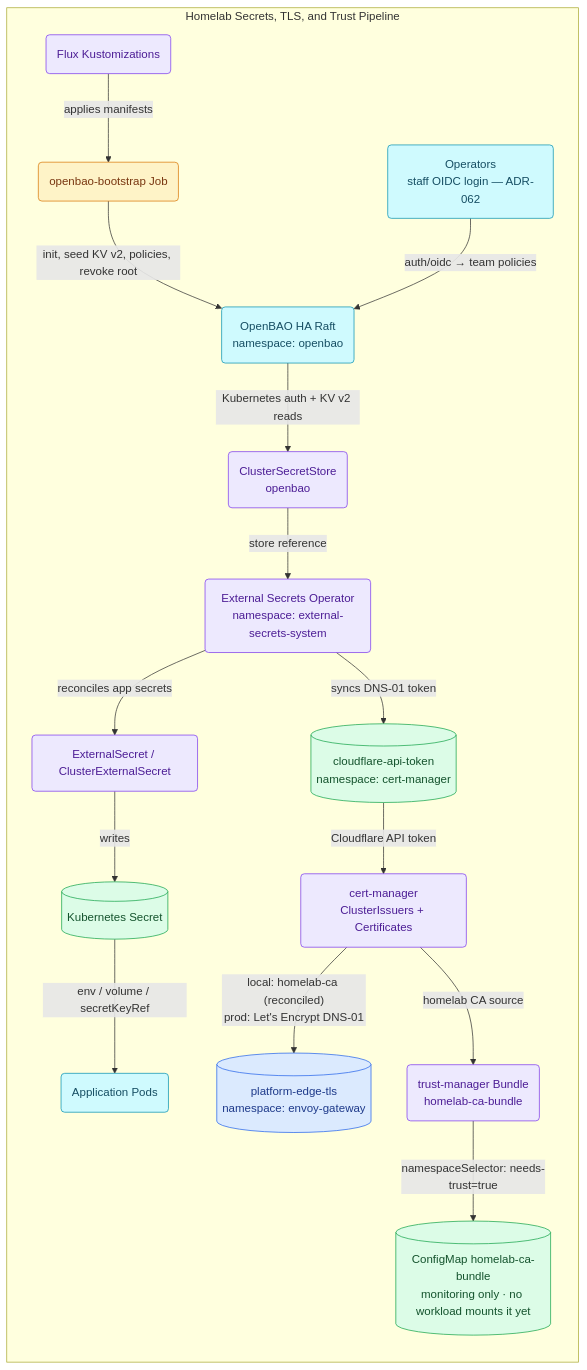
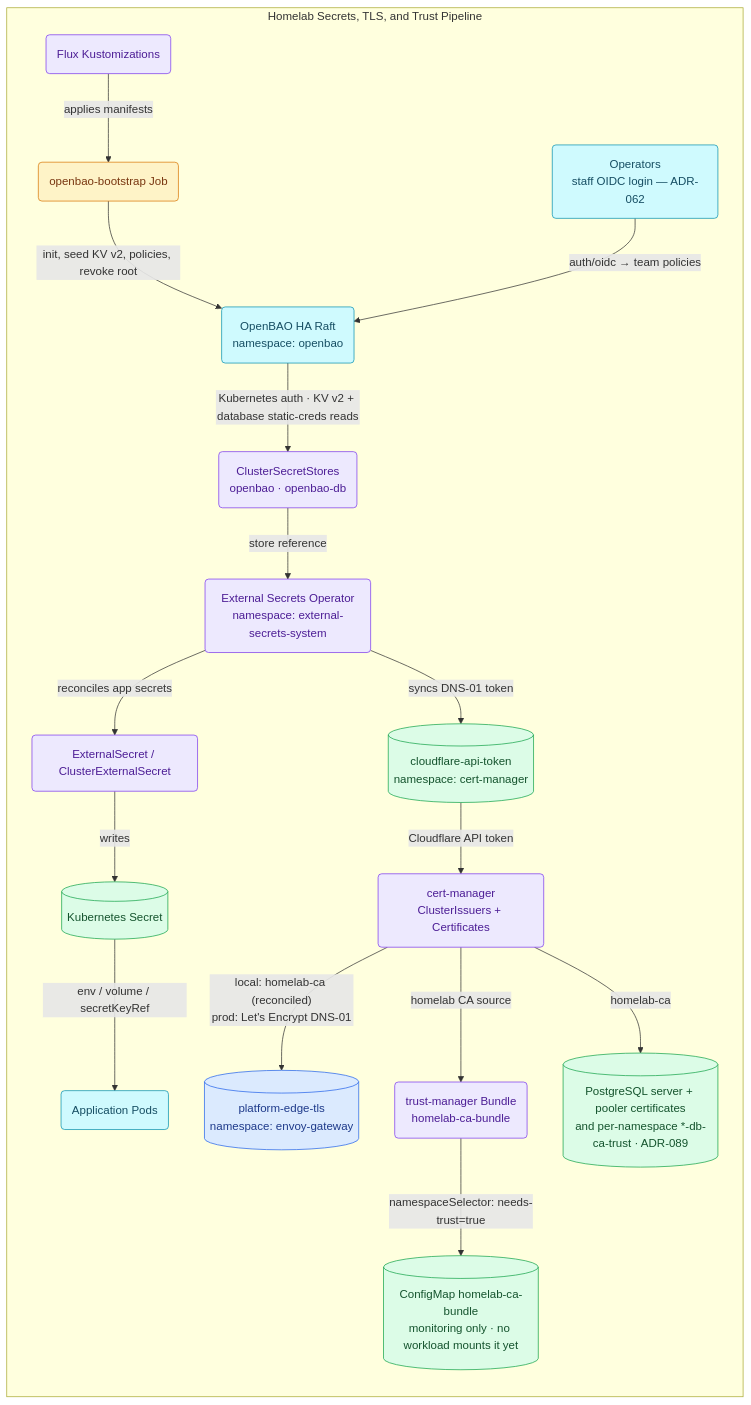
Before and after one commit to duynhlab/homelab: the first of 3 diagrams in docs/secrets/README.md, drawn with Mermaid. The commit also changed other lines of this file and 92 other files, not shown here.

First line of the commit message:
Finalise ADR-089 and refresh database diagrams (#1337)

````diff
--- a/docs/secrets/README.md
+++ b/docs/secrets/README.md
@@ -51,43 +51,45 @@
 ```mermaid
 graph TD
 subgraph homelab["Homelab Secrets, TLS, and Trust Pipeline"]
     direction TB
     flux(Flux Kustomizations):::platform
     bootstrap(openbao-bootstrap Job):::worker
     bao(OpenBAO HA Raft<br/>namespace: openbao):::service
-    css(ClusterSecretStore<br/>openbao):::platform
+    css(ClusterSecretStores<br/>openbao · openbao-db):::platform
     eso(External Secrets Operator<br/>namespace: external-secrets-system):::platform
     es(ExternalSecret / ClusterExternalSecret):::platform
     k8ssecret[(Kubernetes Secret)]:::data
     apps(Application Pods):::service
     cfsecret[(cloudflare-api-token<br/>namespace: cert-manager)]:::data
     cm(cert-manager<br/>ClusterIssuers + Certificates):::platform
     edgecert[(platform-edge-tls<br/>namespace: envoy-gateway)]:::edge
     tm(trust-manager Bundle<br/>homelab-ca-bundle):::platform
     cabundle[(ConfigMap homelab-ca-bundle<br/>monitoring only · no workload mounts it yet)]:::data
+    dbcert[(PostgreSQL server + pooler certificates<br/>and per-namespace *-db-ca-trust · ADR-089)]:::data
 
     staff(Operators<br/>staff OIDC login — ADR-062):::service
 
     flux -->|"applies manifests"| bootstrap
     bootstrap -->|"init, seed KV v2, policies, revoke root"| bao
     staff -->|"auth/oidc → team policies"| bao
-    bao -->|"Kubernetes auth + KV v2 reads"| css
+    bao -->|"Kubernetes auth · KV v2 + database static-creds reads"| css
     css -->|"store reference"| eso
     eso -->|"reconciles app secrets"| es
     es -->|"writes"| k8ssecret
     k8ssecret -->|"env / volume / secretKeyRef"| apps
     eso -->|"syncs DNS-01 token"| cfsecret
     cfsecret -->|"Cloudflare API token"| cm
     cm -->|"local: homelab-ca (reconciled)<br/>prod: Let's Encrypt DNS-01"| edgecert
     cm -->|"homelab CA source"| tm
+    cm -->|"homelab-ca"| dbcert
     tm -->|"namespaceSelector: needs-trust=true"| cabundle
 end
 
 classDef edge fill:#dbeafe,color:#1e3a8a,stroke:#2563eb;
 classDef service fill:#cffafe,color:#164e63,stroke:#0891b2;
 classDef worker fill:#fef3c7,color:#78350f,stroke:#d97706;
 classDef platform fill:#ede9fe,color:#4c1d95,stroke:#7c3aed;
 classDef data fill:#dcfce7,color:#14532d,stroke:#16a34a;
 classDef external fill:#f1f5f9,color:#334155,stroke:#64748b;
 classDef planned fill:#fff,color:#475569,stroke:#64748b,stroke-dasharray:5 5;
 ```
````
